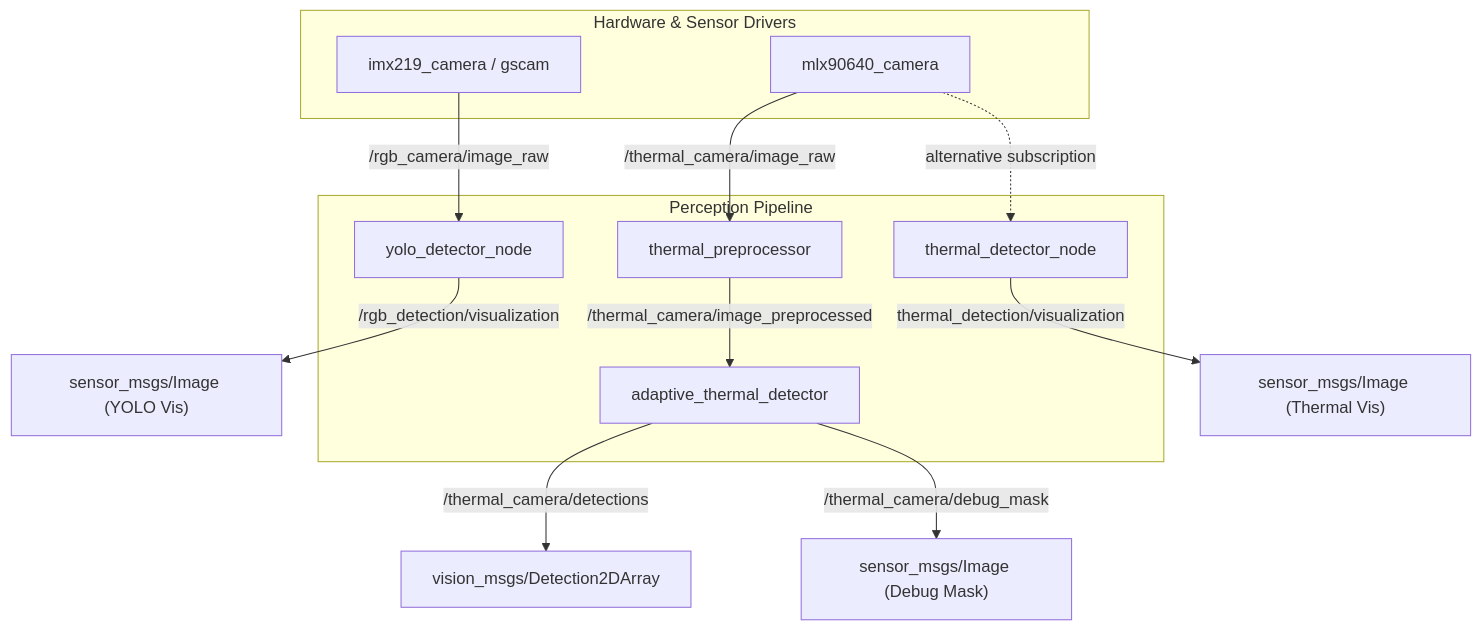
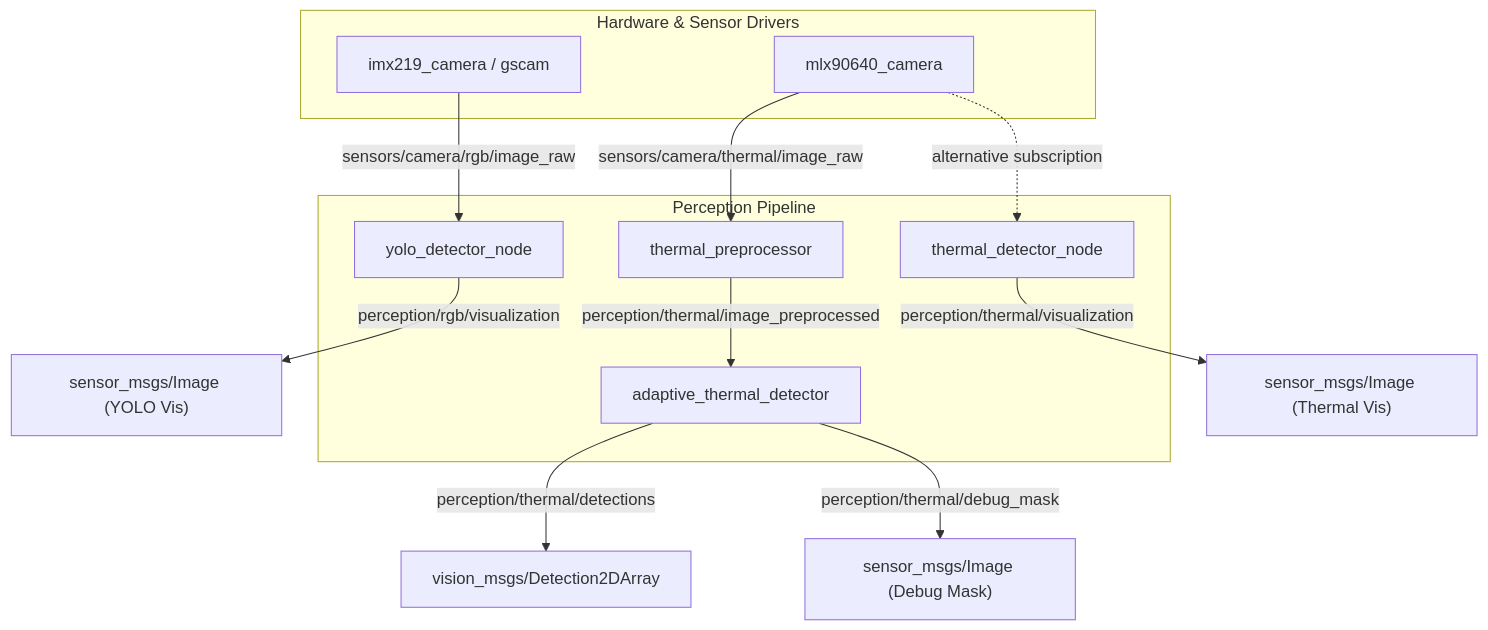
The diagram in README.md (Soeromiber/divitor_ws), drawn with Mermaid before and after one commit. The commit also changed other lines of this file and 11 other files, not shown here.

````diff
--- a/README.md
+++ b/README.md
@@ -25,30 +25,30 @@
 ```mermaid
 graph TD
     %% Drivers
     subgraph Drivers [Hardware & Sensor Drivers]
         IMX[imx219_camera / gscam]
         MLX[mlx90640_camera]
     end
 
     %% Perception Nodes
     subgraph Perception [Perception Pipeline]
         PRE[thermal_preprocessor]
         DET[adaptive_thermal_detector]
         YOLO[yolo_detector_node]
         TDET[thermal_detector_node]
     end
 
     %% Topics
-    IMX -- "/rgb_camera/image_raw" --> YOLO
-    MLX -- "/thermal_camera/image_raw" --> PRE
-    PRE -- "/thermal_camera/image_preprocessed" --> DET
+    IMX -- "sensors/camera/rgb/image_raw" --> YOLO
+    MLX -- "sensors/camera/thermal/image_raw" --> PRE
+    PRE -- "perception/thermal/image_preprocessed" --> DET
     
     %% Outputs
-    DET -- "/thermal_camera/detections" --> D_OUT["vision_msgs/Detection2DArray"]
-    DET -- "/thermal_camera/debug_mask" --> M_OUT["sensor_msgs/Image (Debug Mask)"]
-    YOLO -- "/rgb_detection/visualization" --> Y_OUT["sensor_msgs/Image (YOLO Vis)"]
+    DET -- "perception/thermal/detections" --> D_OUT["vision_msgs/Detection2DArray"]
+    DET -- "perception/thermal/debug_mask" --> M_OUT["sensor_msgs/Image (Debug Mask)"]
+    YOLO -- "perception/rgb/visualization" --> Y_OUT["sensor_msgs/Image (YOLO Vis)"]
     
     %% Simple Thermal
     MLX -. "alternative subscription" .-> TDET
-    TDET -- "thermal_detection/visualization" --> T_OUT["sensor_msgs/Image (Thermal Vis)"]
+    TDET -- "perception/thermal/visualization" --> T_OUT["sensor_msgs/Image (Thermal Vis)"]
 ```
````
